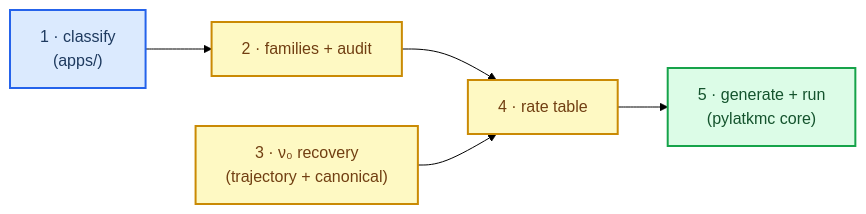
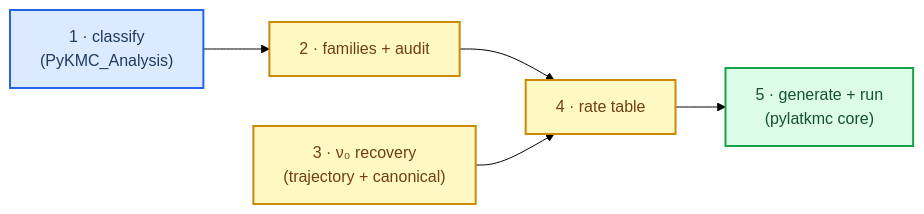
Before and after one commit to Kerrator/pylatkmc: the diagram in docs/INGEST_PIPELINE.md, drawn with Mermaid (forest theme). The commit also changed other lines of this file and 27 other files, not shown here.

````diff
--- a/docs/INGEST_PIPELINE.md
+++ b/docs/INGEST_PIPELINE.md
@@ -17,20 +17,20 @@
 ```mermaid
 flowchart LR
     accTitle: Ingest pipeline stages
     accDescr: Classify events, assign families with audit, recover per-bucket Vineyard prefactors from trajectories with canonical fallback, build the rate table, then generate and run the pylatkmc model.
 
-    s1["1 · classify<br/>(apps/)"]
+    s1["1 · classify<br/>(PyKMC_Analysis)"]
     s2["2 · families + audit"]
     s3["3 · ν₀ recovery<br/>(trajectory + canonical)"]
     s4["4 · rate table"]
     s5["5 · generate + run<br/>(pylatkmc core)"]
     s1 --> s2 --> s4
     s3 --> s4 --> s5
 
     classDef k fill:#dbeafe,stroke:#2563eb,stroke-width:2px,color:#1e3a5f
     classDef n fill:#fef9c3,stroke:#ca8a04,stroke-width:2px,color:#713f12
     classDef o fill:#dcfce7,stroke:#16a34a,stroke-width:2px,color:#14532d
     class s1 k
     class s2,s3,s4 n
     class s5 o
 ```
````
